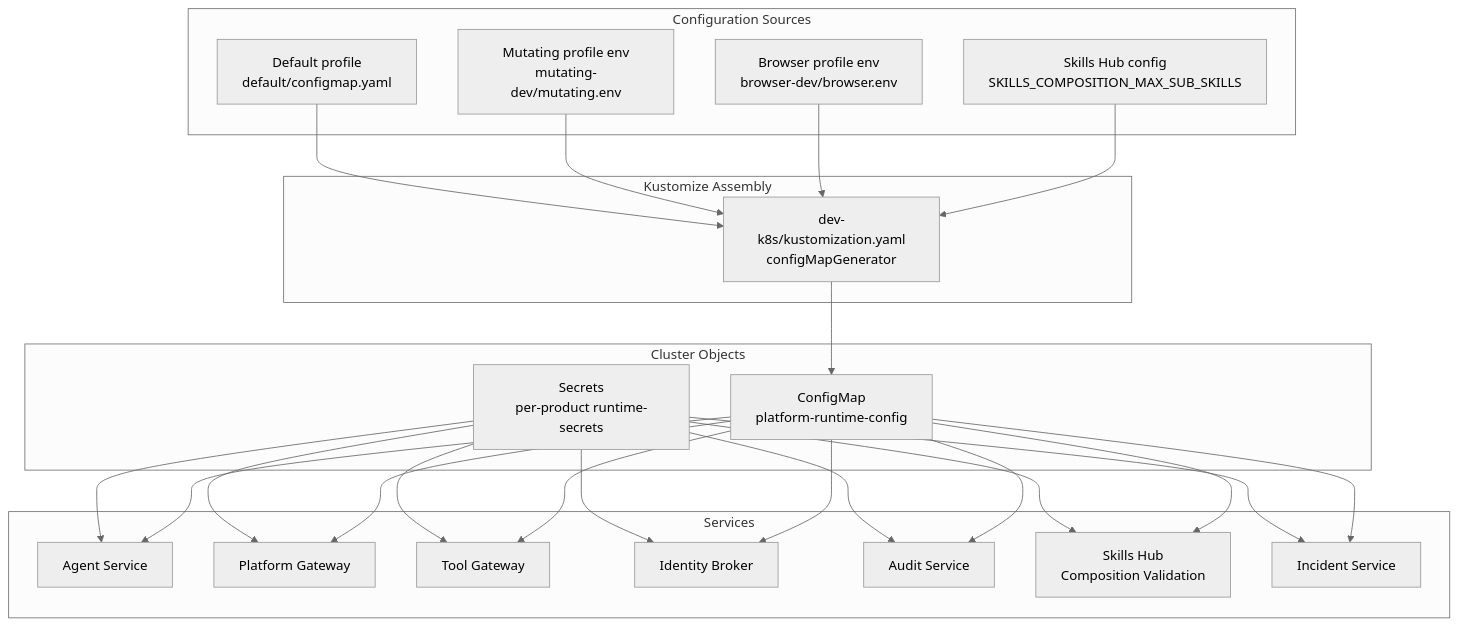
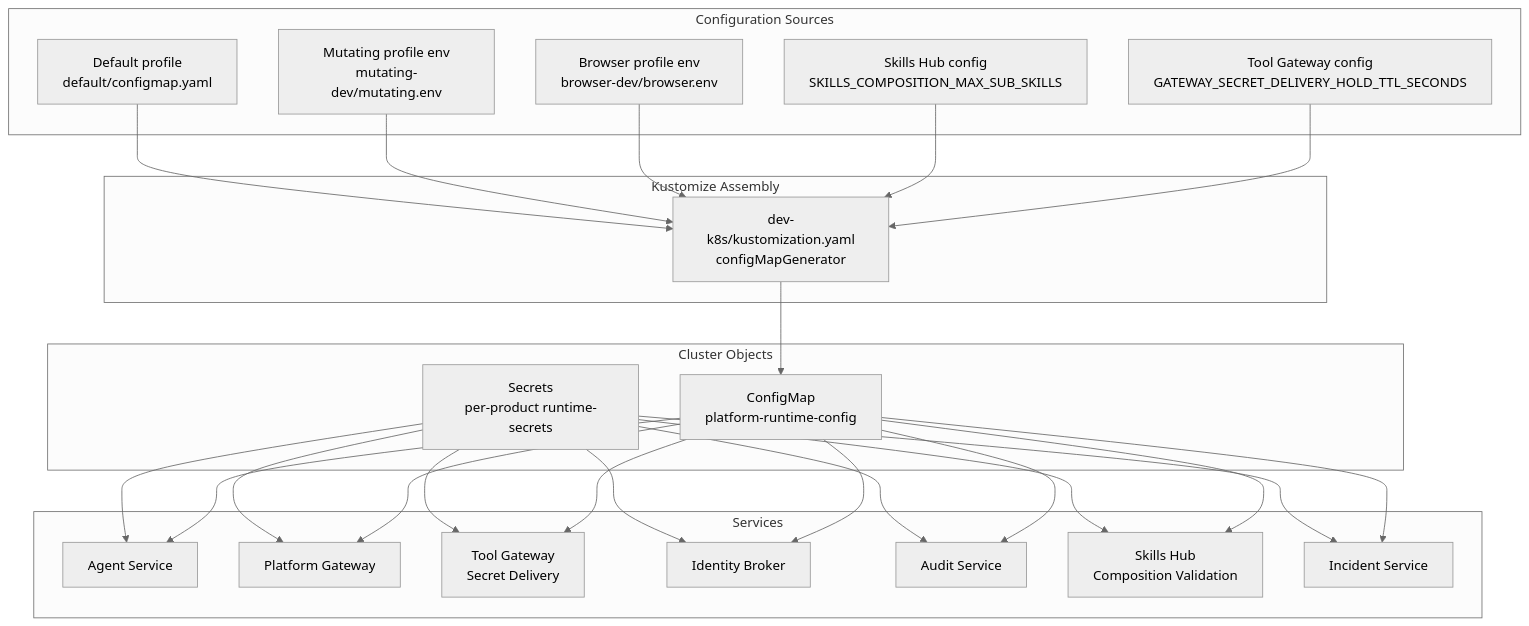
Before and after one commit to metasync/luban-aiops: the second of 4 diagrams in .qoder/repowiki/en/content/Deployment and Operations/Configuration Management.md, drawn with Mermaid (neutral theme). The commit also changed other lines of this file and 56 other files, not shown here.

First line of the commit message:
docs: refresh repowiki knowledge cache (SPEC-062 secret delivery, v0.42.0)

````diff
--- a/.qoder/repowiki/en/content/Deployment and Operations/Configuration Management.md
+++ b/.qoder/repowiki/en/content/Deployment and Operations/Configuration Management.md
@@ -100,44 +107,46 @@
 ```mermaid
 graph TB
 subgraph "Configuration Sources"
 P1["Default profile<br/>default/configmap.yaml"]
 P2["Mutating profile env<br/>mutating-dev/mutating.env"]
 P3["Browser profile env<br/>browser-dev/browser.env"]
 P4["Skills Hub config<br/>SKILLS_COMPOSITION_MAX_SUB_SKILLS"]
+P5["Tool Gateway config<br/>GATEWAY_SECRET_DELIVERY_HOLD_TTL_SECONDS"]
 end
 subgraph "Kustomize Assembly"
 K["dev-k8s/kustomization.yaml<br/>configMapGenerator"]
 end
 subgraph "Cluster Objects"
 CM["ConfigMap<br/>platform-runtime-config"]
 S1["Secrets<br/>per-product runtime-secrets"]
 end
 subgraph "Services"
 AG["Agent Service"]
 PG["Platform Gateway"]
-TG["Tool Gateway"]
+TG["Tool Gateway<br/>Secret Delivery"]
 IB["Identity Broker"]
 AS["Audit Service"]
 SH["Skills Hub<br/>Composition Validation"]
 IS["Incident Service"]
 end
 P1 --> K
 P2 --> K
 P3 --> K
 P4 --> K
+P5 --> K
 K --> CM
 S1 --> AG
 S1 --> PG
 S1 --> TG
 S1 --> IB
 S1 --> AS
 S1 --> SH
 S1 --> IS
 CM --> AG
 CM --> PG
 CM --> TG
 CM --> IB
 CM --> AS
 CM --> SH
 CM --> IS
 ```
````
